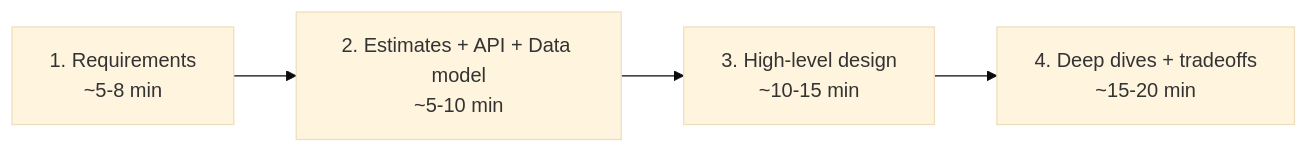
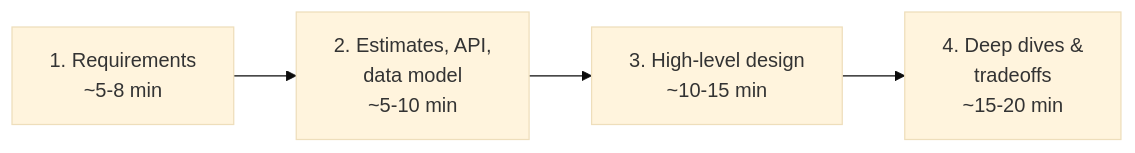
Before and after one commit to hshtgbrendo/software-dev-prep: the first of 2 diagrams in design/3 System Design/System Design Interview Framework.md, drawn with Mermaid (base theme). The commit also changed other lines of this file and 28 other files, not shown here.

````diff
--- a/design/3 System Design/System Design Interview Framework.md
+++ b/design/3 System Design/System Design Interview Framework.md
@@ -36,6 +51,6 @@
 ```mermaid
 flowchart LR
-  A["1. Requirements<br/>~5-8 min"] --> B["2. Estimates + API + Data model<br/>~5-10 min"]
+  A["1. Requirements<br/>~5-8 min"] --> B["2. Estimates, API,<br/>data model<br/>~5-10 min"]
   B --> C["3. High-level design<br/>~10-15 min"]
-  C --> D["4. Deep dives + tradeoffs<br/>~15-20 min"]
+  C --> D["4. Deep dives &<br/>tradeoffs<br/>~15-20 min"]
 ```
````
